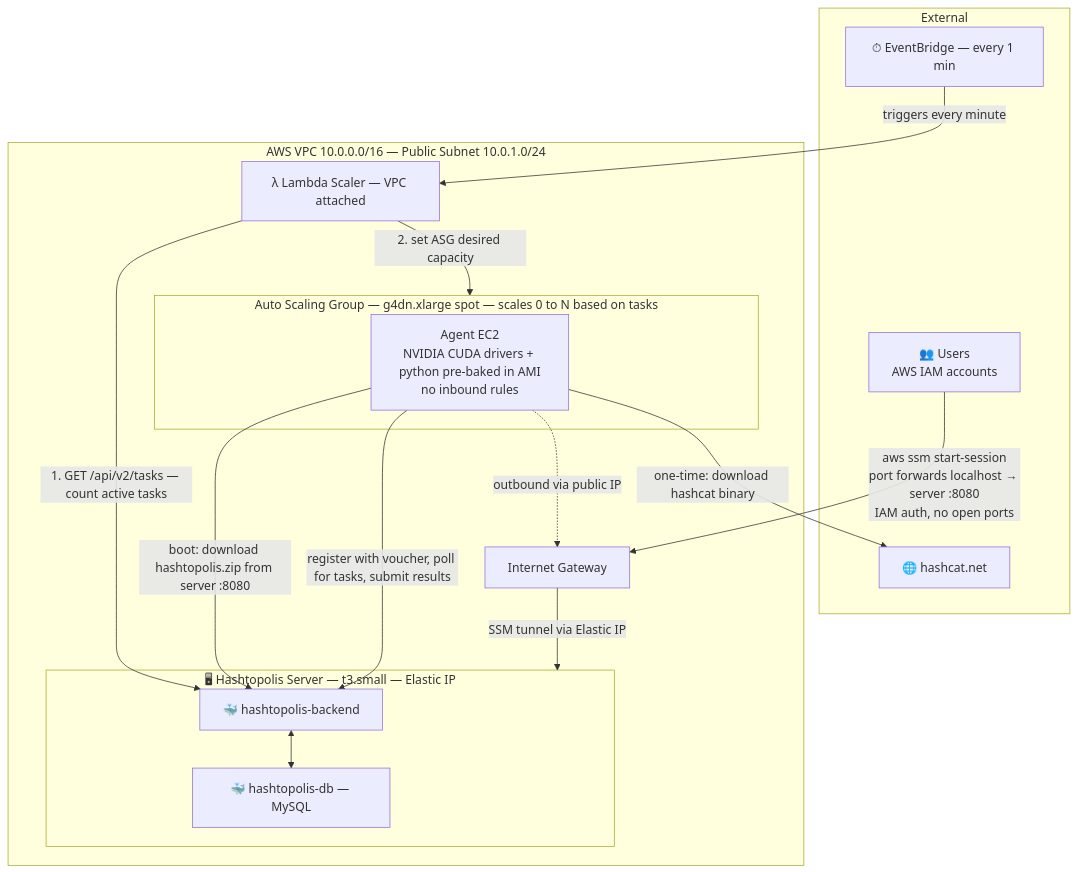
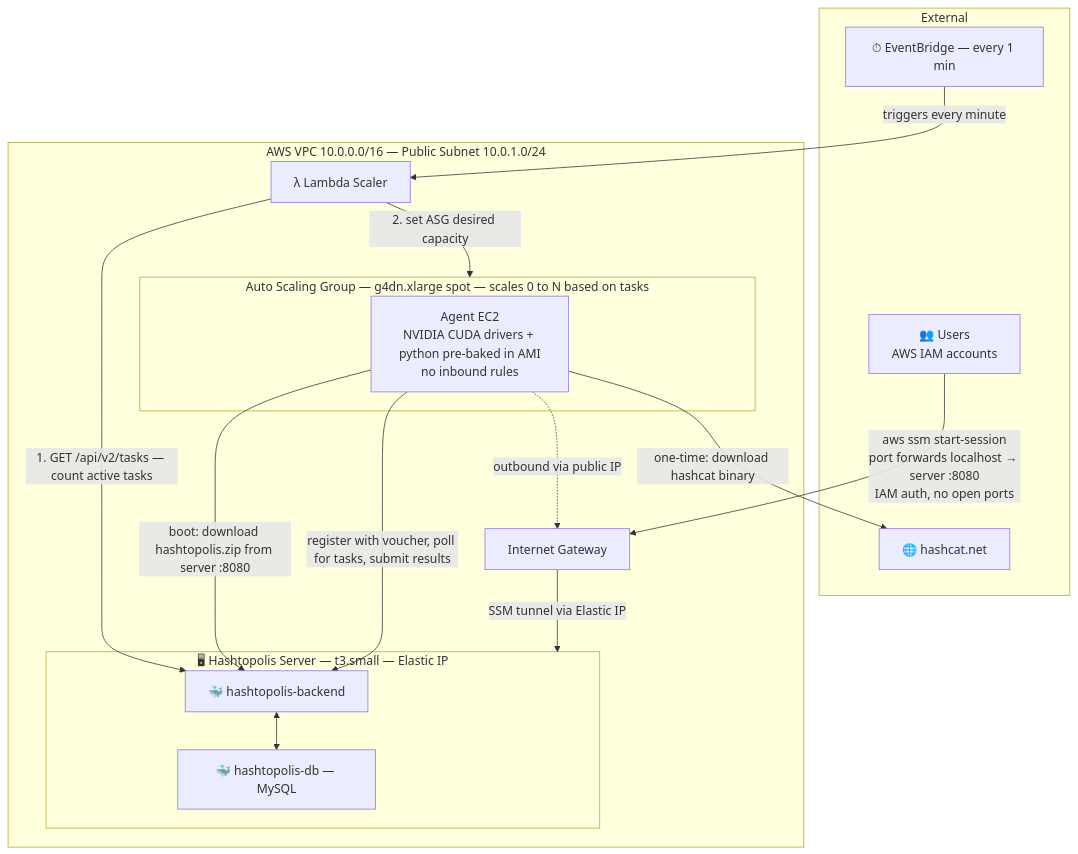
Before and after one commit to jacknelson2351/aws-hashtopolis-cf: the diagram in architecture.md, drawn with Mermaid. The commit also changed 2 other files, not shown here.

Commit message:
Stable Version - GPU Tested

````diff
--- a/architecture.md
+++ b/architecture.md
@@ -1,36 +1,36 @@
 ```mermaid
 graph TB
     subgraph EXT["External"]
         Users["👥 Users<br/>AWS IAM accounts"]
         HashcatNet["🌐 hashcat.net"]
         EventBridge["⏱ EventBridge — every 1 min"]
     end
 
     subgraph VPC["AWS VPC 10.0.0.0/16 — Public Subnet 10.0.1.0/24"]
         IGW["Internet Gateway"]
 
         subgraph ServerEC2["🖥 Hashtopolis Server — t3.small — Elastic IP"]
             Backend["🐳 hashtopolis-backend"]
             DB["🐳 hashtopolis-db — MySQL"]
             Backend <--> DB
         end
 
         subgraph ASG["Auto Scaling Group — g4dn.xlarge spot — scales 0 to N based on tasks"]
             Agent["Agent EC2<br/>NVIDIA CUDA drivers + python pre-baked in AMI<br/>no inbound rules"]
         end
 
-        Lambda["λ Lambda Scaler — VPC attached"]
+        Lambda["λ Lambda Scaler"]
     end
 
     Users -->|"aws ssm start-session<br/>port forwards localhost → server :8080<br/>IAM auth, no open ports"| IGW
     IGW -->|"SSM tunnel via Elastic IP"| ServerEC2
 
     EventBridge -->|"triggers every minute"| Lambda
     Lambda -->|"1. GET /api/v2/tasks — count active tasks"| Backend
     Lambda -->|"2. set ASG desired capacity"| ASG
 
     Agent -->|"boot: download hashtopolis.zip from server :8080"| Backend
     Agent -->|"register with voucher, poll for tasks, submit results"| Backend
     Agent -->|"one-time: download hashcat binary"| HashcatNet
     Agent -.->|"outbound via public IP"| IGW
 ```
````
